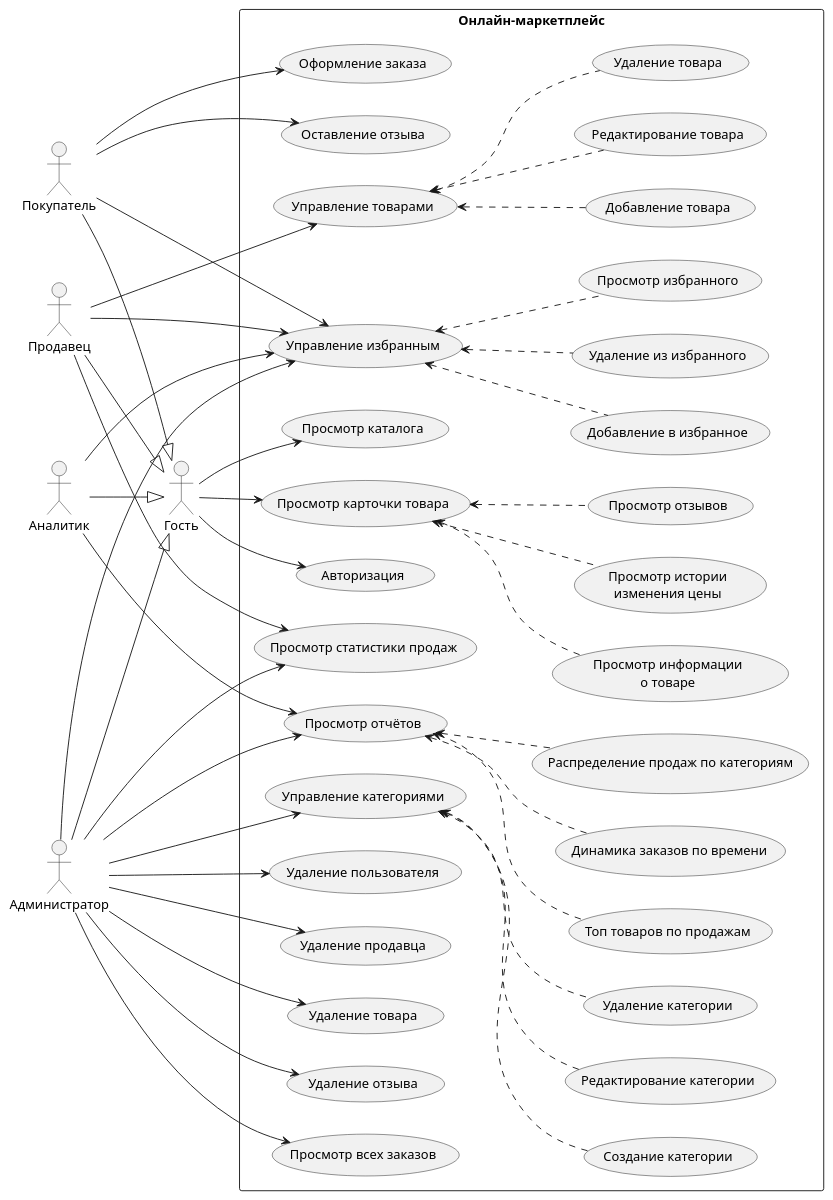
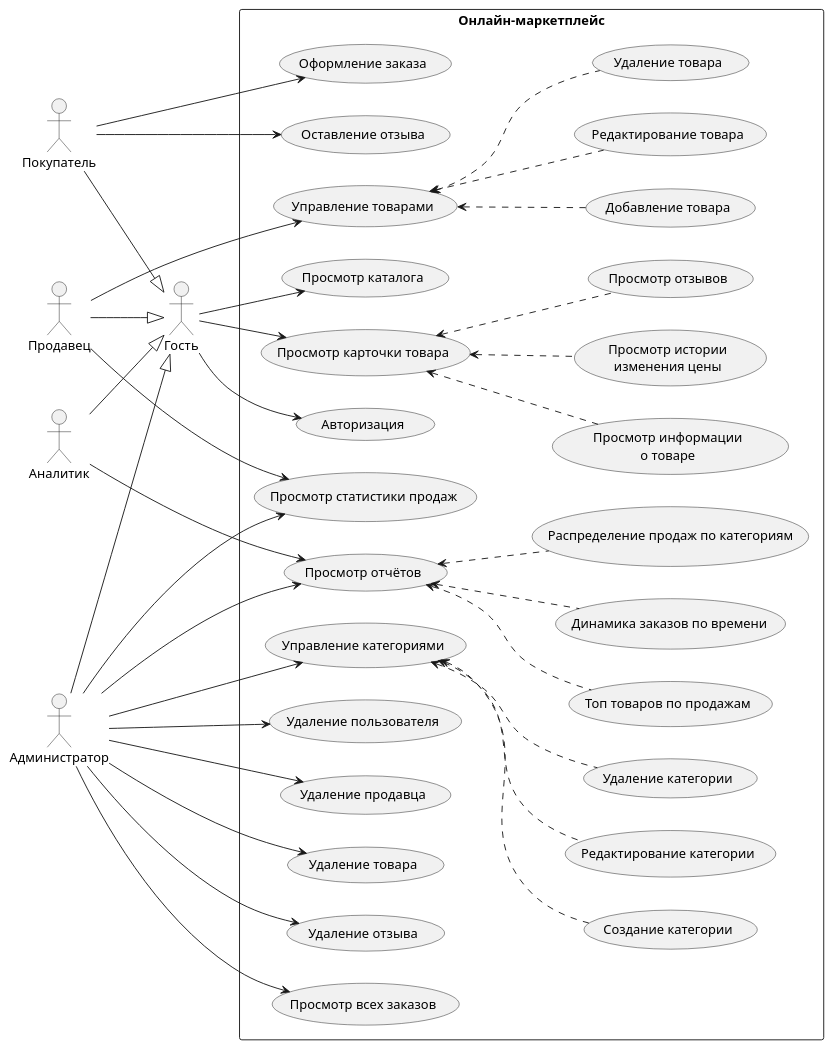
One commit to beastixq/marketplace changed the diagram in diagrams/src/UseCases.puml. Above: the diagram before and after it, drawn with PlantUML. The commit also changed 59 other files, not shown here.

```diff
--- a/diagrams/src/UseCases.puml
+++ b/diagrams/src/UseCases.puml
@@ -1,105 +1,92 @@
 @startuml UseCases
 left to right direction
 skinparam packageStyle rectangle
 
 actor "Гость" as guest
 actor "Покупатель" as buyer
 actor "Продавец" as seller
 actor "Аналитик" as analyst
 actor "Администратор" as admin
 
 ' --- Наследование ---
 buyer --|> guest
 seller --|> guest
 analyst --|> guest
 admin --|> guest
 
 rectangle "Онлайн-маркетплейс" {
   usecase "Авторизация" as auth
   usecase "Просмотр каталога" as browseCatalog
   usecase "Просмотр карточки товара" as viewProduct
   usecase "Просмотр информации\nо товаре" as viewProductInfo
   usecase "Просмотр истории\nизменения цены" as viewPriceHistory
   usecase "Просмотр отзывов" as viewReviews
   usecase "Оформление заказа" as placeOrder
   usecase "Оставление отзыва" as leaveReview
-  usecase "Управление избранным" as manageFavorites
-  usecase "Добавление в избранное" as addFavorite
-  usecase "Удаление из избранного" as removeFavorite
-  usecase "Просмотр избранного" as viewFavorites
   usecase "Управление товарами" as manageProducts
   usecase "Добавление товара" as addProduct
   usecase "Редактирование товара" as editProduct
   usecase "Удаление товара" as deleteProduct
   usecase "Просмотр статистики продаж" as viewSellerStats
   usecase "Просмотр отчётов" as viewReports
   usecase "Топ товаров по продажам" as reportTopProducts
   usecase "Динамика заказов по времени" as reportOrdersDynamics
   usecase "Распределение продаж по категориям" as reportByCategory
   usecase "Управление категориями" as manageCategories
   usecase "Создание категории" as addCategory
   usecase "Редактирование категории" as editCategory
   usecase "Удаление категории" as deleteCategory
   usecase "Удаление пользователя" as deleteUser
   usecase "Удаление продавца" as deleteSeller
   usecase "Удаление товара" as adminDeleteProduct
   usecase "Удаление отзыва" as deleteReview
   usecase "Просмотр всех заказов" as viewAllOrders
 }
 
 ' --- Гость ---
 guest --> auth
 guest --> browseCatalog
 guest --> viewProduct
 
 ' --- Покупатель (+ всё от Гостя) ---
 buyer --> placeOrder
 buyer --> leaveReview
-buyer --> manageFavorites
 
 ' --- Продавец (+ всё от Гостя) ---
 seller --> manageProducts
 seller --> viewSellerStats
-seller --> manageFavorites
 
 ' --- Аналитик (+ всё от Гостя) ---
 analyst --> viewReports
-analyst --> manageFavorites
 
 ' --- Администратор (наследует от Гостя: авторизация, каталог, карточка товара) ---
 admin --> manageCategories
 admin --> deleteUser
 admin --> deleteSeller
 admin --> adminDeleteProduct
 admin --> deleteReview
 admin --> viewAllOrders
 admin --> viewReports
 admin --> viewSellerStats
-admin --> manageFavorites
 
 ' --- Extend: Управление товарами ---
 manageProducts <.. addProduct
 manageProducts <.. editProduct
 manageProducts <.. deleteProduct
 
 ' --- Extend: Просмотр карточки товара ---
 viewProduct <.. viewProductInfo
 viewProduct <.. viewPriceHistory
 viewProduct <.. viewReviews
 
 ' --- Extend: Управление категориями ---
 manageCategories <.. addCategory
 manageCategories <.. editCategory
 manageCategories <.. deleteCategory
 
 ' --- Extend: Просмотр отчётов ---
 viewReports <.. reportTopProducts
 viewReports <.. reportOrdersDynamics
 viewReports <.. reportByCategory
 
-' --- Extend: Управление избранным ---
-manageFavorites <.. addFavorite
-manageFavorites <.. removeFavorite
-manageFavorites <.. viewFavorites
-
 @enduml
```
